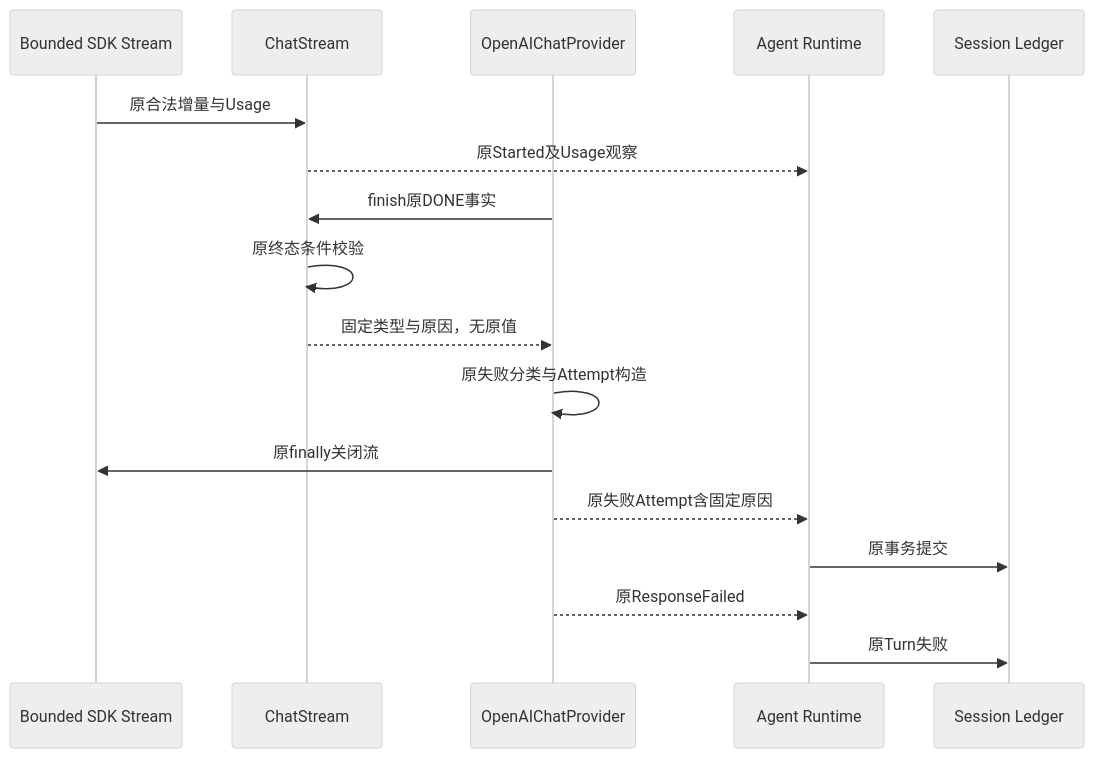
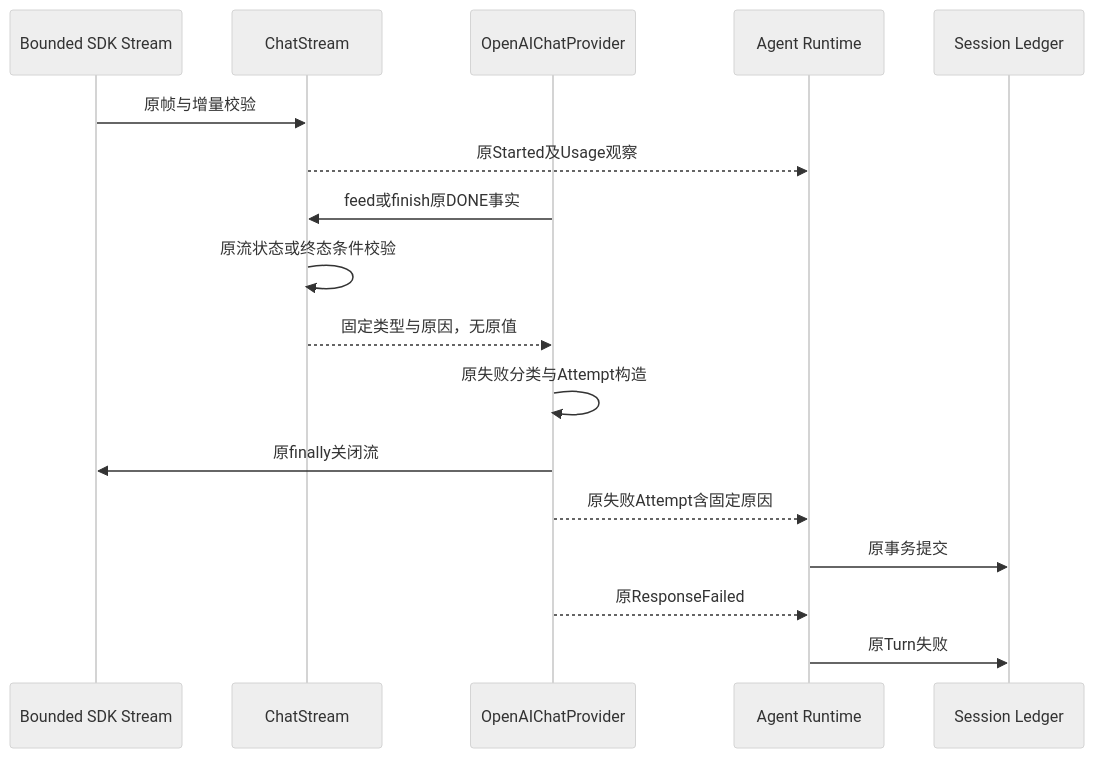
Before and after one commit to carrie1988/Harnessix: the second of 3 diagrams in docs/changes/m09-r3-chat-terminal-diagnostics.md, drawn with Mermaid (neutral theme). The commit also changed other lines of this file and 6 other files, not shown here.

````diff
--- a/docs/changes/m09-r3-chat-terminal-diagnostics.md
+++ b/docs/changes/m09-r3-chat-terminal-diagnostics.md
@@ -93,19 +128,19 @@
 ```mermaid
 sequenceDiagram
     participant S as Bounded SDK Stream
     participant C as ChatStream
     participant P as OpenAIChatProvider
     participant R as Agent Runtime
     participant L as Session Ledger
-    S->>C: 原合法增量与Usage
+    S->>C: 原帧与增量校验
     C-->>R: 原Started及Usage观察
-    P->>C: finish原DONE事实
-    C->>C: 原终态条件校验
+    P->>C: feed或finish原DONE事实
+    C->>C: 原流状态或终态条件校验
     C-->>P: 固定类型与原因，无原值
     P->>P: 原失败分类与Attempt构造
     P->>S: 原finally关闭流
     P-->>R: 原失败Attempt含固定原因
     R->>L: 原事务提交
     P-->>R: 原ResponseFailed
     R->>L: 原Turn失败
 ```
````
